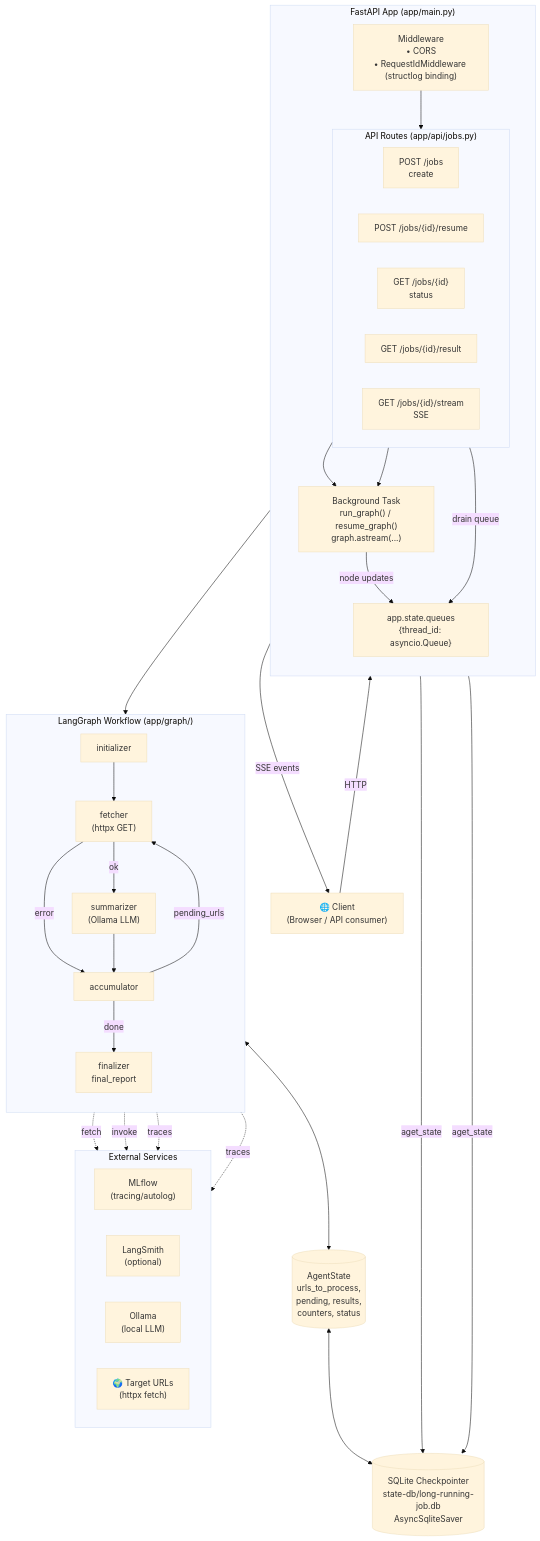
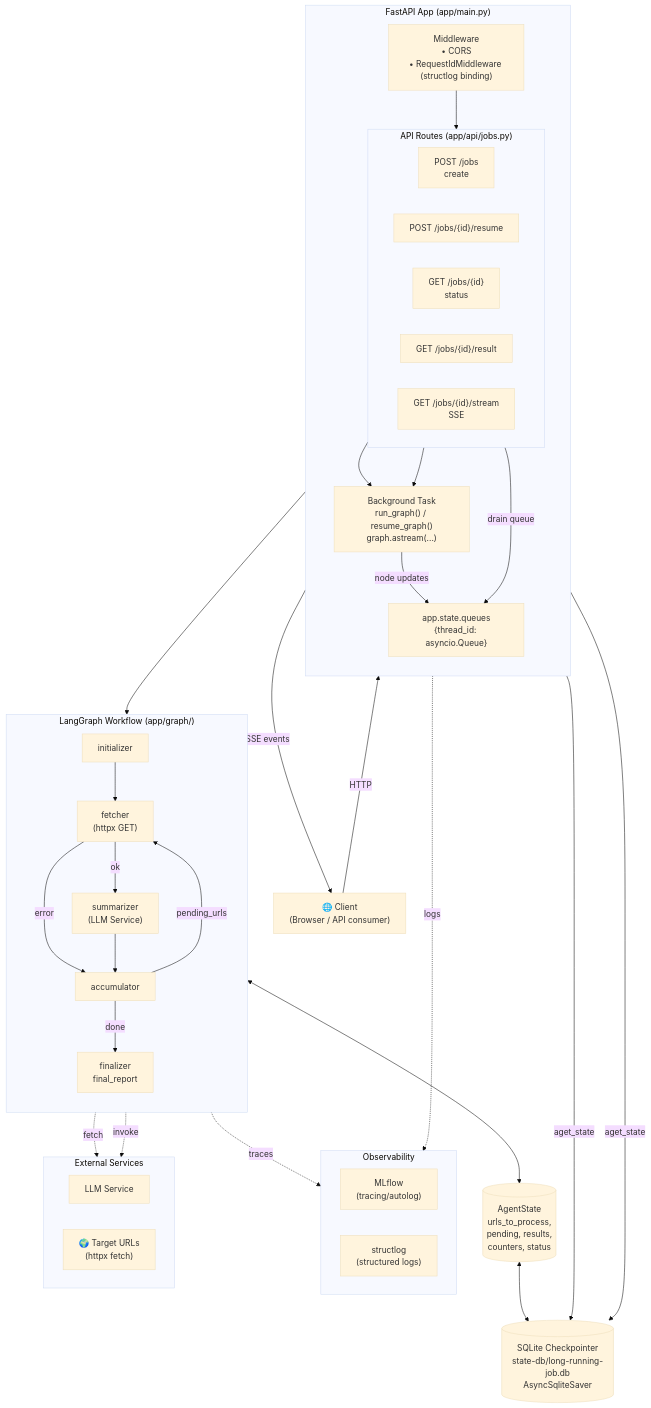
Before and after one commit to Hafiz-ATHAR/resilient-web-agent: the diagram in docs/architecture.md, drawn with Mermaid (base theme). The commit also changed other lines of this file, not shown here.

````diff
--- a/docs/architecture.md
+++ b/docs/architecture.md
@@ -5,60 +5,64 @@
 ```mermaid
 flowchart TB
     Client["🌐 Client<br/>(Browser / API consumer)"]
 
     subgraph FastAPI["FastAPI App (app/main.py)"]
         direction TB
         MW["Middleware<br/>• CORS<br/>• RequestIdMiddleware (structlog binding)"]
 
         subgraph Routes["API Routes (app/api/jobs.py)"]
             direction LR
             R1["POST /jobs<br/>create"]
             R2["POST /jobs/{id}/resume"]
             R3["GET  /jobs/{id}<br/>status"]
             R4["GET  /jobs/{id}/result"]
             R5["GET  /jobs/{id}/stream<br/>SSE"]
         end
 
         BG["Background Task<br/>run_graph() / resume_graph()<br/>graph.astream(...)"]
         Queues["app.state.queues<br/>{thread_id: asyncio.Queue}"]
     end
 
     subgraph Graph["LangGraph Workflow (app/graph/)"]
         direction TB
         N1["initializer"] --> N2["fetcher<br/>(httpx GET)"]
-        N2 -- ok --> N3["summarizer<br/>(Ollama LLM)"]
+        N2 -- ok --> N3["summarizer<br/>(LLM Service)"]
         N2 -- error --> N4["accumulator"]
         N3 --> N4
         N4 -- pending_urls --> N2
         N4 -- done --> N5["finalizer<br/>final_report"]
     end
 
     State[("AgentState<br/>urls_to_process,<br/>pending, results,<br/>counters, status")]
     DB[("SQLite Checkpointer<br/>state-db/long-running-job.db<br/>AsyncSqliteSaver")]
 
+    subgraph Observability["Observability"]
+        direction LR
+        MLflow["MLflow<br/>(tracing/autolog)"]
+        Structlog["structlog<br/>(structured logs)"]
+    end
+
     subgraph External["External Services"]
         direction LR
-        MLflow["MLflow<br/>(tracing/autolog)"]
-        LangSmith["LangSmith<br/>(optional)"]
-        Ollama["Ollama<br/>(local LLM)"]
+        LLM["LLM Service"]
         Web["🌍 Target URLs<br/>(httpx fetch)"]
     end
 
     Client -->|HTTP| MW
     MW --> Routes
     R1 --> BG
     R2 --> BG
     BG --> Graph
     Graph <--> State
     State <--> DB
     BG -->|node updates| Queues
     R5 -->|drain queue| Queues
     R3 -->|aget_state| DB
     R4 -->|aget_state| DB
     Queues -->|SSE events| Client
 
     N2 -.fetch.-> Web
-    N3 -.invoke.-> Ollama
+    N3 -.invoke.-> LLM
     Graph -.traces.-> MLflow
-    Graph -.traces.-> LangSmith
+    FastAPI -.logs.-> Structlog
 ```
````
